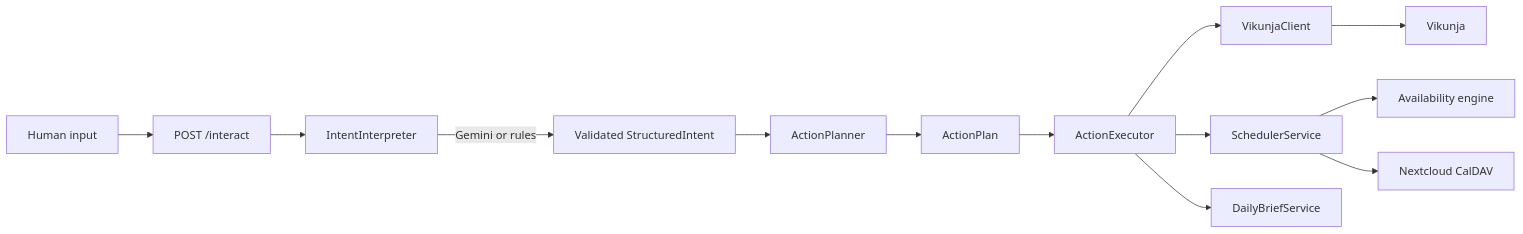
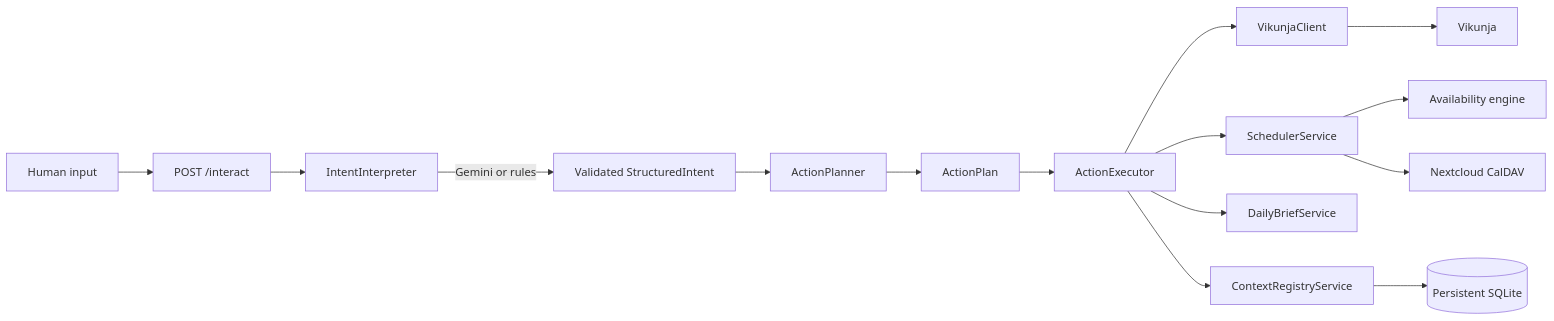
Before and after one commit to daviswmiller057/beacon-api: the diagram in INTAKE_ARCHITECTURE.md, drawn with Mermaid. The commit also changed other lines of this file and 27 other files, not shown here.

````diff
--- a/INTAKE_ARCHITECTURE.md
+++ b/INTAKE_ARCHITECTURE.md
@@ -6,15 +6,17 @@
 ```mermaid
 flowchart LR
     H[Human input] --> API[POST /interact]
     API --> I[IntentInterpreter]
     I -->|Gemini or rules| SI[Validated StructuredIntent]
     SI --> P[ActionPlanner]
     P --> AP[ActionPlan]
     AP --> E[ActionExecutor]
     E --> V[VikunjaClient]
     E --> S[SchedulerService]
     E --> D[DailyBriefService]
+    E --> CR[ContextRegistryService]
+    CR --> DB[(Persistent SQLite)]
     S --> A[Availability engine]
     S --> C[Nextcloud CalDAV]
     V --> VS[Vikunja]
 ```
````
